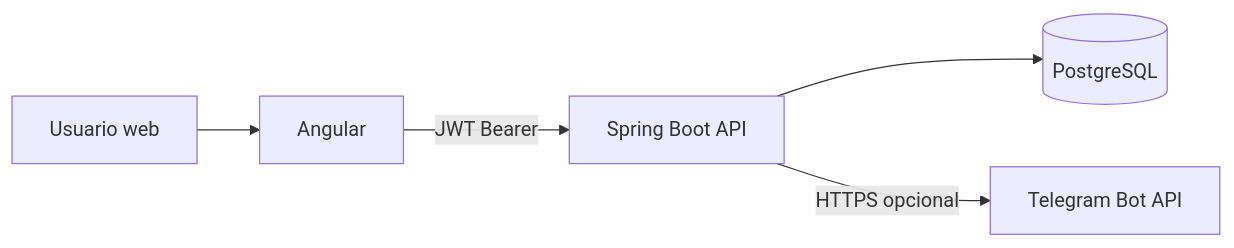
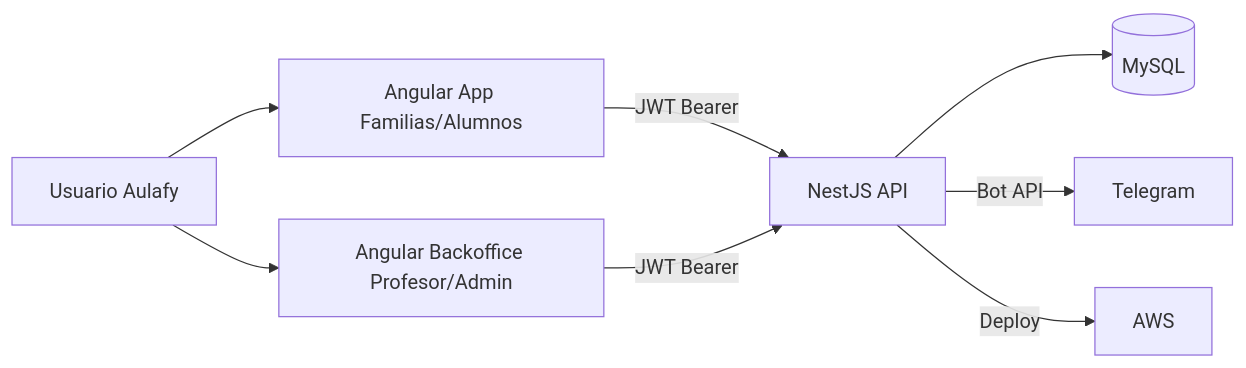
One commit to Kath-Valenzula/Aulafy changed the diagram in docs/arquitectura/arquitectura.md. Above: the diagram before and after it, drawn with Mermaid. The commit also changed other lines of this file and 328 other files, not shown here.

````diff
--- a/docs/arquitectura/arquitectura.md
+++ b/docs/arquitectura/arquitectura.md
@@ -11,7 +47,10 @@
 ```mermaid
 flowchart LR
-  U[Usuario web] --> A[Angular]
-  A -->|JWT Bearer| B[Spring Boot API]
-  B --> C[(PostgreSQL)]
-  B -->|HTTPS opcional| T[Telegram Bot API]
+  U[Usuario Aulafy] --> F1[Angular App Familias/Alumnos]
+  U --> F2[Angular Backoffice Profesor/Admin]
+  F1 -->|JWT Bearer| B[NestJS API]
+  F2 -->|JWT Bearer| B
+  B --> M[(MySQL)]
+  B -->|Bot API| T[Telegram]
+  B -->|Deploy| A[AWS]
 ```
````
